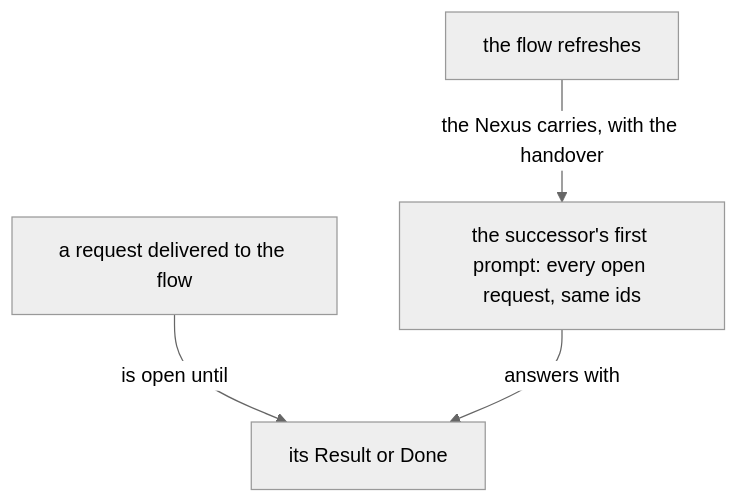
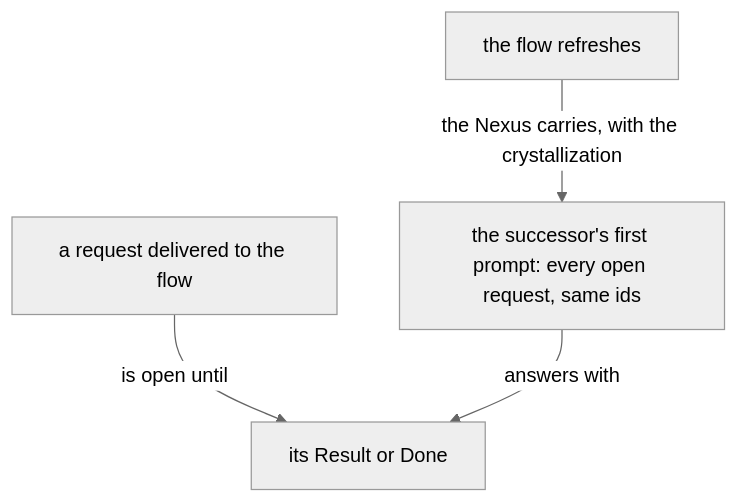
The fourth of 4 diagrams in vision/flow-nexus/0.md (LiGoldragon/psyche-belief), drawn with Mermaid (neutral theme) before and after one commit. The commit also changed other lines of this file and 4 other files, not shown here.

First line of the commit message:
Land: The handover becomes a crystallization, Proposals 1 3 4 5 7 8 (approved by the living, Fable digx)

````diff
--- a/vision/flow-nexus/0.md
+++ b/vision/flow-nexus/0.md
@@ -310,6 +310,6 @@
 ```mermaid
 flowchart TB
     r["a request delivered to the flow"] -- "is open until" --> a["its Result or Done"]
-    f["the flow refreshes"] -- "the Nexus carries, with the handover" --> s["the successor's first prompt: every open request, same ids"]
+    f["the flow refreshes"] -- "the Nexus carries, with the crystallization" --> s["the successor's first prompt: every open request, same ids"]
     s -- "answers with" --> a
 ```
````
